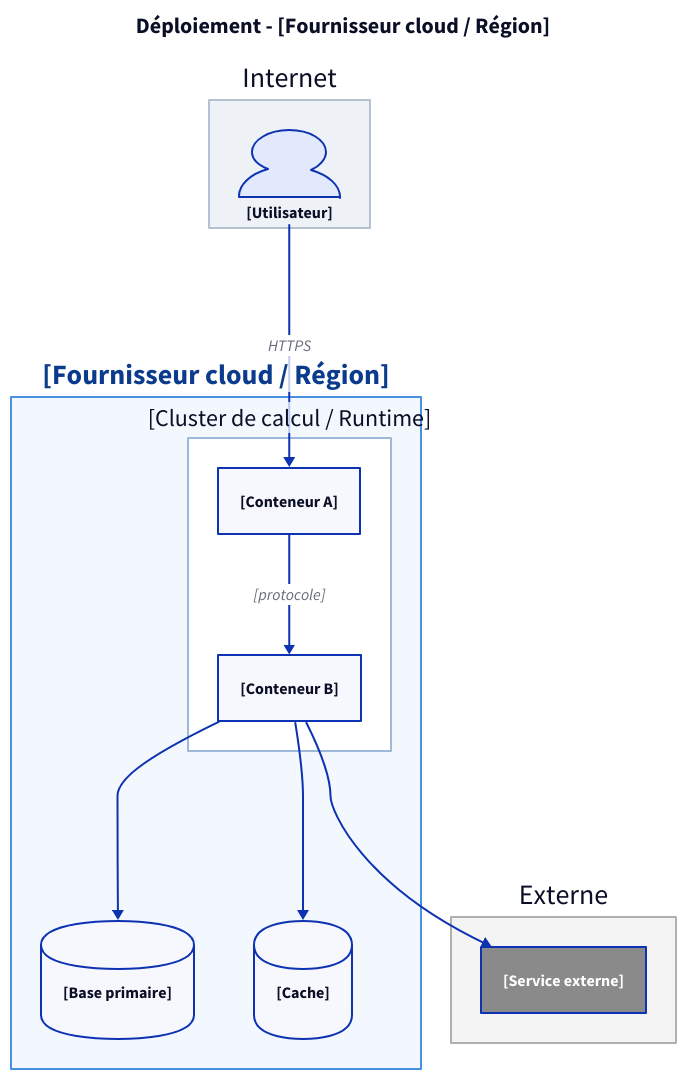
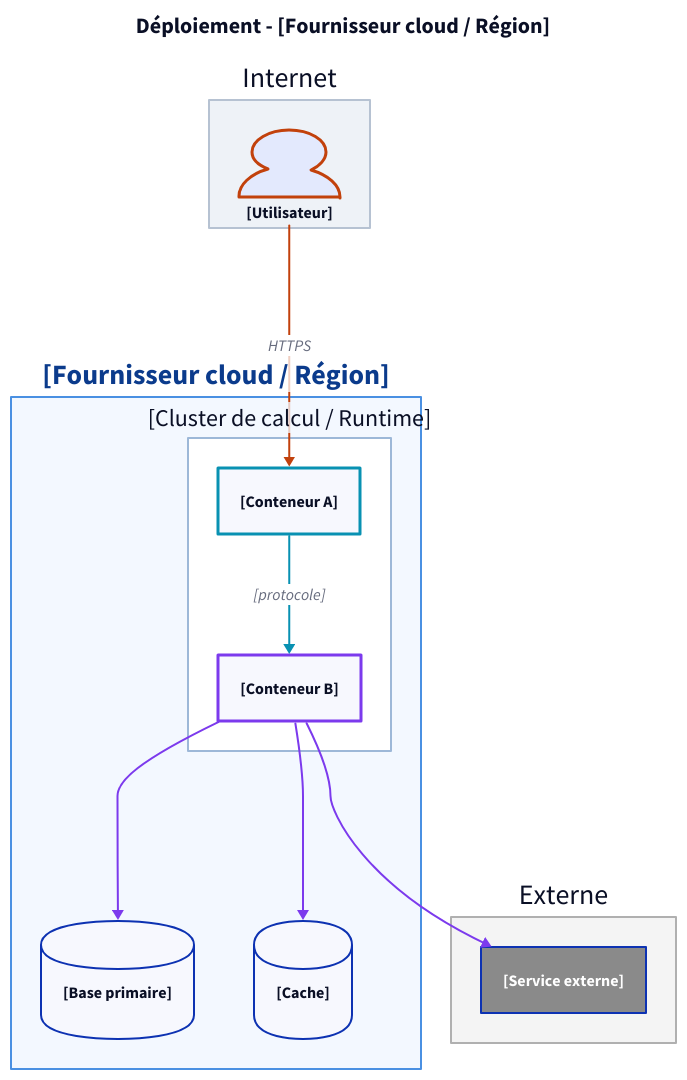
One commit to CGI-Shapsha-Factory/CGI-Factory-AI changed the fifth of 5 diagrams in architecte/templates/diagrammes.md. Above: the diagram before and after it, drawn with D2. The commit also changed other lines of this file and 1 other file, not shown here.

First line of the commit message:
feat(architecte): color diagram edges and node borders by source entity

````diff
--- a/architecte/templates/diagrammes.md
+++ b/architecte/templates/diagrammes.md
@@ -163,32 +194,37 @@
 ```d2 theme=0
 title: "Déploiement - [Fournisseur cloud / Région]" { near: top-center; shape: text; style.font-size: 22; style.bold: true }
 direction: down
 
 internet: "Internet" {
   style.fill: "#eef2f7"; style.stroke: "#b6c2d2"
-  user: "[Utilisateur]" { shape: person }
+  user: "[Utilisateur]" { shape: person; style.stroke: "#c2410c"; style.stroke-width: 3 }
 }
 
 cloud: "[Fournisseur cloud / Région]" {
   style.fill: "#f3f8ff"; style.stroke: "#4a90e2"; style.font-color: "#0b3b8c"; style.bold: true
 
   compute: "[Cluster de calcul / Runtime]" {
     style.fill: "#ffffff"; style.stroke: "#9db8d8"
-    a: "[Conteneur A]"
-    b: "[Conteneur B]"
+    a: "[Conteneur A]" { style.stroke: "#0891b2"; style.stroke-width: 3 }
+    b: "[Conteneur B]" { style.stroke: "#7c3aed"; style.stroke-width: 3 }
   }
   db: "[Base primaire]" { shape: cylinder }
   cache: "[Cache]" { shape: cylinder }
 }
 
 externe: "Externe" {
   style.fill: "#f4f4f4"; style.stroke: "#b0b0b0"
   ext: "[Service externe]" { style.fill: "#8a8a8a"; style.font-color: "#ffffff" }
 }
 
 internet.user -> cloud.compute.a: "HTTPS"
 cloud.compute.a -> cloud.compute.b: "[protocole]"
 cloud.compute.b -> cloud.db
 cloud.compute.b -> cloud.cache
 cloud.compute.b -> externe.ext
+
+# Couleur de trait par entité source (une ligne par noeud émetteur)
+(internet.user -> **)[*].style.stroke: "#c2410c"
+(cloud.compute.a -> **)[*].style.stroke: "#0891b2"
+(cloud.compute.b -> **)[*].style.stroke: "#7c3aed"
 ```
````
